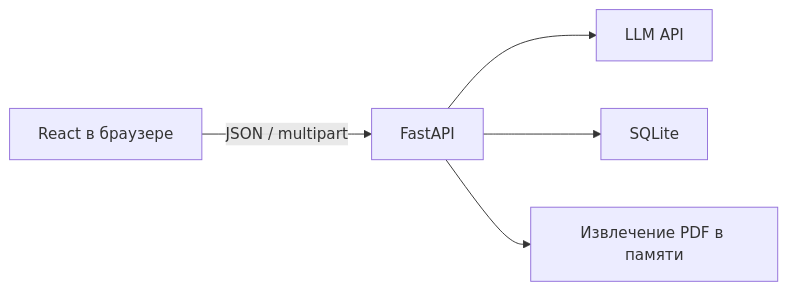
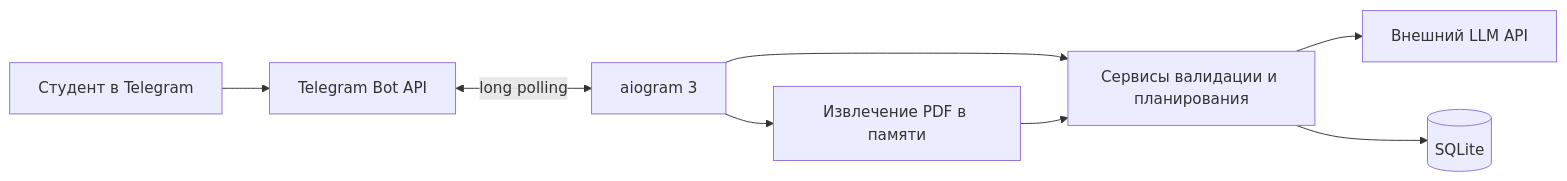
One commit to MalyySarder/Deadline-Buddy-AI changed the diagram in README.md. Above: the diagram before and after it, drawn with Mermaid. The commit also changed other lines of this file and 43 other files, not shown here.

````diff
--- a/README.md
+++ b/README.md
@@ -61,7 +72,10 @@
 ```mermaid
 flowchart LR
-    A[React в браузере] -->|JSON / multipart| B[FastAPI]
-    B --> C[LLM API]
-    B --> D[SQLite]
-    B --> E[Извлечение PDF в памяти]
+    U[Студент в Telegram] --> T[Telegram Bot API]
+    T <-->|long polling| B[aiogram 3]
+    B --> S[Сервисы валидации и планирования]
+    S --> L[Внешний LLM API]
+    S --> D[(SQLite)]
+    B --> P[Извлечение PDF в памяти]
+    P --> S
 ```
````
